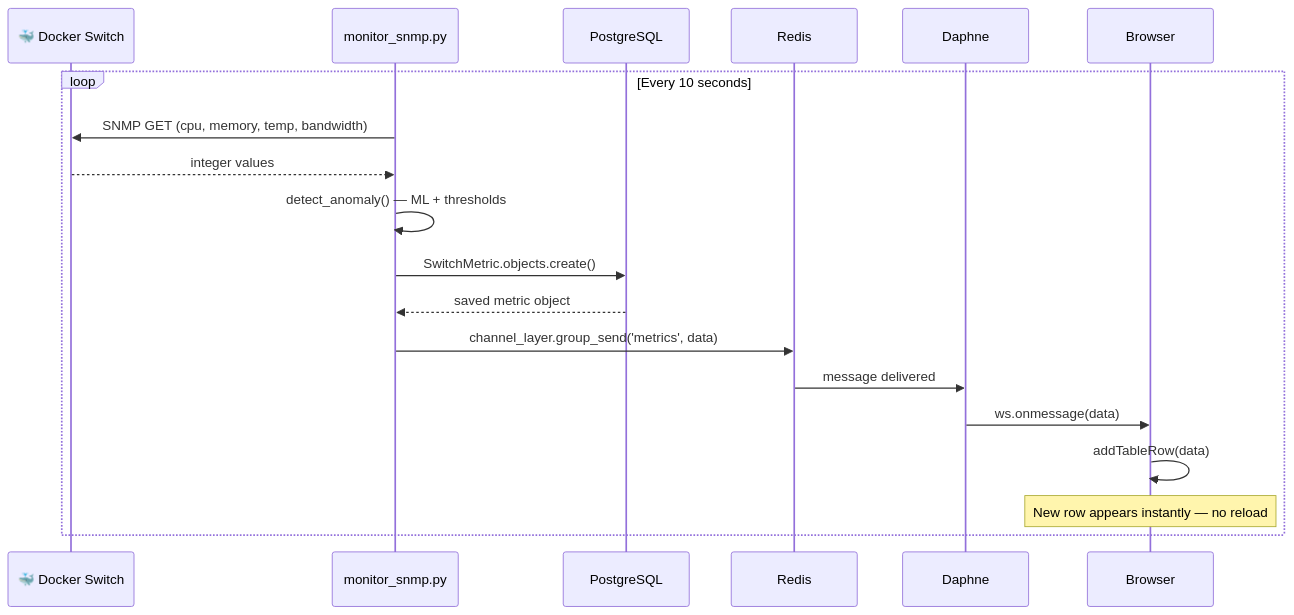
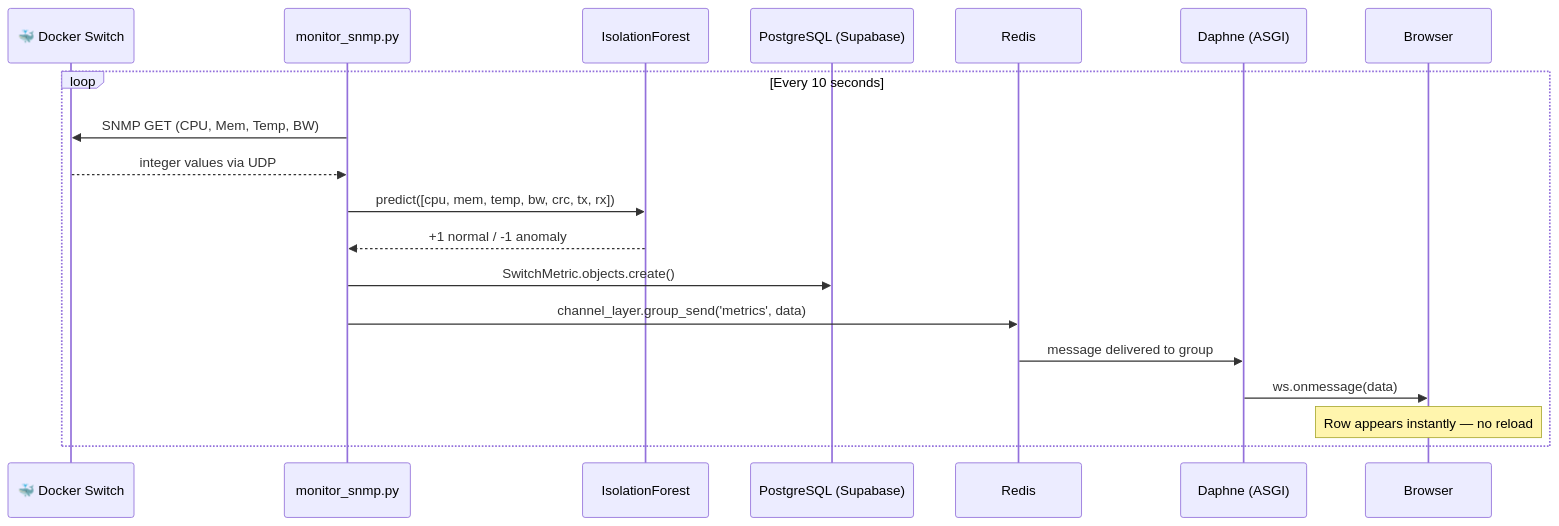
Before and after one commit to Arnav-Naive/network-monitor-ai: the first of 3 diagrams in README.md, drawn with Mermaid. The commit also changed other lines of this file, not shown here.

````diff
--- a/README.md
+++ b/README.md
@@ -453,22 +146,22 @@
 ```mermaid
 sequenceDiagram
-    participant Docker as 🐳 Docker Switch
+    participant Switch as 🐳 Docker Switch
     participant Monitor as monitor_snmp.py
-    participant DB as PostgreSQL
+    participant ML as IsolationForest
+    participant DB as PostgreSQL (Supabase)
     participant Redis as Redis
-    participant Daphne as Daphne
+    participant Daphne as Daphne (ASGI)
     participant Browser as Browser
 
     loop Every 10 seconds
-        Monitor->>Docker: SNMP GET (cpu, memory, temp, bandwidth)
-        Docker-->>Monitor: integer values
-        Monitor->>Monitor: detect_anomaly() — ML + thresholds
+        Monitor->>Switch: SNMP GET (CPU, Mem, Temp, BW)
+        Switch-->>Monitor: integer values via UDP
+        Monitor->>ML: predict([cpu, mem, temp, bw, crc, tx, rx])
+        ML-->>Monitor: +1 normal / -1 anomaly
         Monitor->>DB: SwitchMetric.objects.create()
-        DB-->>Monitor: saved metric object
         Monitor->>Redis: channel_layer.group_send('metrics', data)
-        Redis->>Daphne: message delivered
+        Redis->>Daphne: message delivered to group
         Daphne->>Browser: ws.onmessage(data)
-        Browser->>Browser: addTableRow(data)
-        Note over Browser: New row appears instantly — no reload
+        Note over Browser: Row appears instantly — no reload
     end
 ```
````
